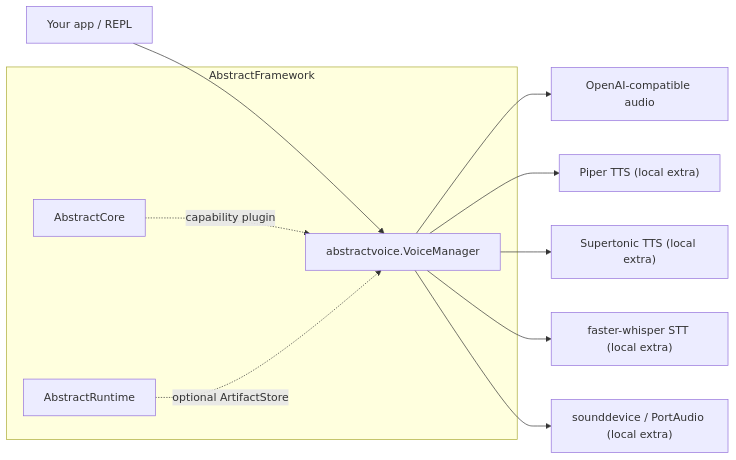
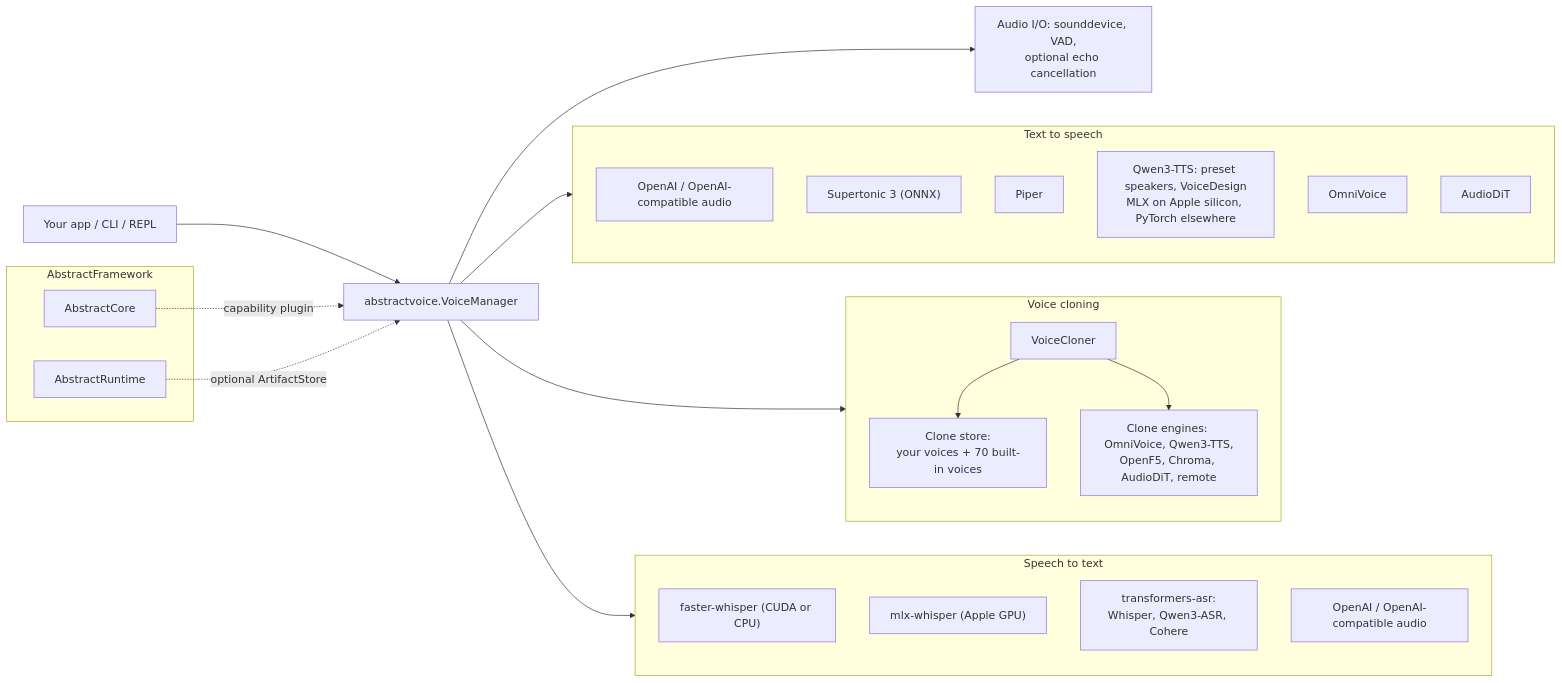
Before and after one commit to lpalbou/AbstractVoice: the diagram in README.md, drawn with Mermaid. The commit also changed other lines of this file and 7 other files, not shown here.

First line of the commit message:
Docs: current overview and architecture diagrams, Mermaid on the site, getting started and FAQ for Qwen3-TTS and built-in voices; 0.17.1

````diff
--- a/README.md
+++ b/README.md
@@ -81,14 +82,37 @@
 ```mermaid
 flowchart LR
-  App["Your app / REPL"] --> VM["abstractvoice.VoiceManager"]
-  VM --> Remote["OpenAI-compatible audio"]
-  VM --> TTS["Piper TTS (local extra)"]
-  VM --> Supertonic["Supertonic TTS (local extra)"]
-  VM --> STT["faster-whisper STT (local extra)"]
-  VM --> IO["sounddevice / PortAudio (local extra)"]
+  App["Your app / CLI / REPL"] --> VM["abstractvoice.VoiceManager"]
 
-  subgraph AbstractFramework
-    AC["AbstractCore"] -. "capability plugin" .-> VM
-    AR["AbstractRuntime"] -. "optional ArtifactStore" .-> VM
+  subgraph TTS["Text to speech"]
+    RemoteTTS["OpenAI / OpenAI-compatible audio"]
+    Supertonic["Supertonic 3 (ONNX)"]
+    Piper["Piper"]
+    Qwen["Qwen3-TTS: preset speakers, VoiceDesign<br/>MLX on Apple silicon, PyTorch elsewhere"]
+    Omni["OmniVoice"]
+    DiT["AudioDiT"]
   end
+
+  subgraph Cloning["Voice cloning"]
+    Cloner["VoiceCloner"] --> Store["Clone store:<br/>your voices + 70 built-in voices"]
+    Cloner --> Engines["Clone engines: OmniVoice, Qwen3-TTS,<br/>OpenF5, Chroma, AudioDiT, remote"]
+  end
+
+  subgraph STT["Speech to text"]
+    FW["faster-whisper (CUDA or CPU)"]
+    MW["mlx-whisper (Apple GPU)"]
+    TA["transformers-asr:<br/>Whisper, Qwen3-ASR, Cohere"]
+    RemoteSTT["OpenAI / OpenAI-compatible audio"]
+  end
+
+  VM --> TTS
+  VM --> Cloning
+  VM --> STT
+  VM --> IO["Audio I/O: sounddevice, VAD,<br/>optional echo cancellation"]
+
+  subgraph Framework["AbstractFramework"]
+    AC["AbstractCore"]
+    AR["AbstractRuntime"]
+  end
+  AC -. "capability plugin" .-> VM
+  AR -. "optional ArtifactStore" .-> VM
 ```
````
